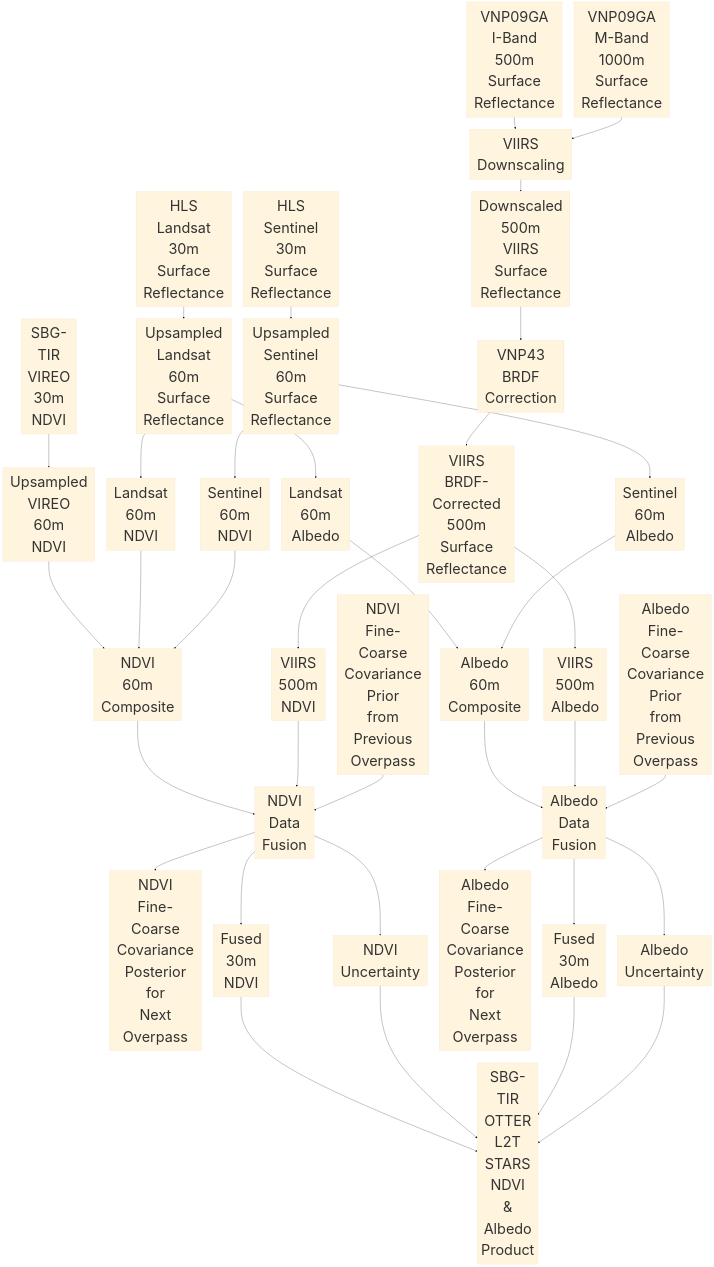
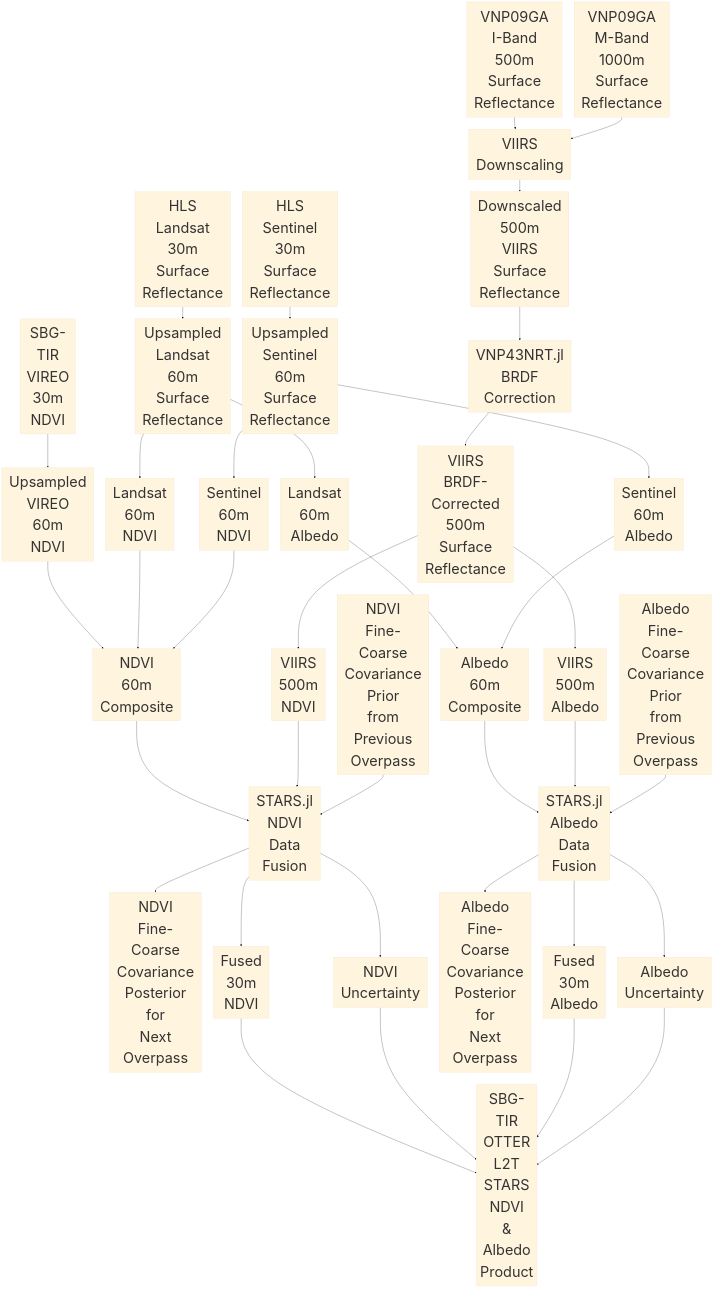
Before and after one commit to sbg-tir/SBG-TIR-L2-STARS: the diagram in README.md, drawn with Mermaid (base theme).

Commit message:
package names in flow-chart

```diff
--- a/README.md
+++ b/README.md
@@ -43,7 +43,7 @@
     VNP09GA_M[VNP09GA<br>M-Band<br>1000m<br>Surface<br>Reflectance]
     VIIRS_downscaling[VIIRS<br>Downscaling]
     VNP09GA_downscaled[Downscaled<br>500m<br>VIIRS<br>Surface<br>Reflectance]
-    VNP43_BRDF[VNP43<br>BRDF<br>Correction]
+    VNP43_BRDF[VNP43NRT.jl<br>BRDF<br>Correction]
     VIIRS_corrected[VIIRS<br>BRDF-Corrected<br>500m<br>Surface<br>Reflectance]
     VIIRS_NDVI[VIIRS<br>500m<br>NDVI]
     VIIRS_albedo[VIIRS<br>500m<br>Albedo]
@@ -57,7 +57,7 @@
     fine_NDVI_input[NDVI<br>60m<br>Composite]
     NDVI_covariance_prior[NDVI<br>Fine-Coarse<br>Covariance<br>Prior<br>from<br>Previous<br>Overpass]
     NDVI_covariance_posterior[NDVI<br>Fine-Coarse<br>Covariance<br>Posterior<br>for<br>Next<br>Overpass]
-    NDVI_data_fusion[NDVI<br>Data<br>Fusion]
+    NDVI_data_fusion[STARS.jl<br>NDVI<br>Data<br>Fusion]
     fine_NDVI_output[Fused<br>30m<br>NDVI]
     fine_NDVI_uncertainty[NDVI<br>Uncertainty]
 
@@ -66,7 +66,7 @@
     fine_albedo_input[Albedo<br>60m<br>Composite]
     albedo_covariance_prior[Albedo<br>Fine-Coarse<br>Covariance<br>Prior<br>from<br>Previous<br>Overpass]
     albedo_covariance_posterior[Albedo<br>Fine-Coarse<br>Covariance<br>Posterior<br>for<br>Next<br>Overpass]
-    albedo_data_fusion[Albedo<br>Data<br>Fusion]
+    albedo_data_fusion[STARS.jl<br>Albedo<br>Data<br>Fusion]
     fine_albedo_output[Fused<br>30m<br>Albedo]
     fine_albedo_uncertainty[Albedo<br>Uncertainty]
 
```
